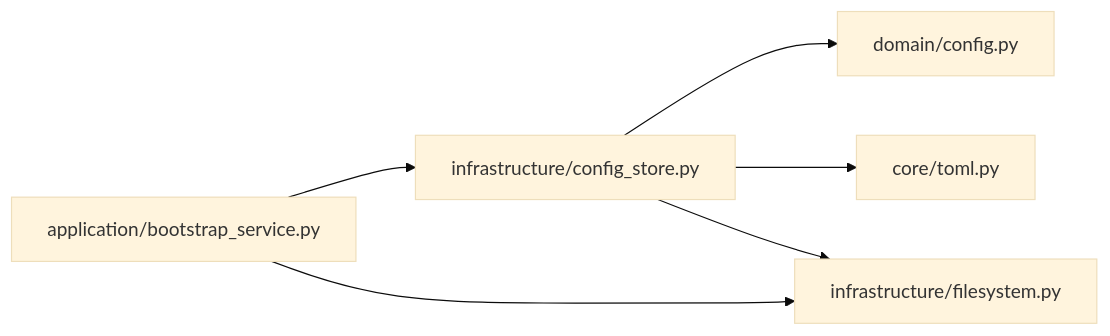
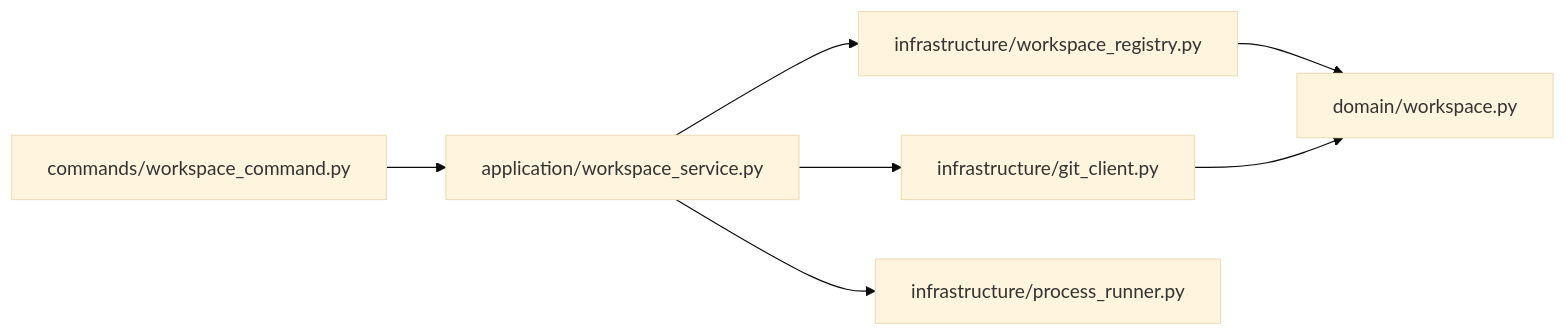
The sixth of 9 diagrams in docs/architecture.md (nyml2003/work-context), drawn with Mermaid (base theme) before and after one commit. The commit also changed other lines of this file and 34 other files, not shown here.

````diff
--- a/docs/architecture.md
+++ b/docs/architecture.md
@@ -220,14 +359,16 @@
 ```mermaid
 flowchart LR
-    Init["application/bootstrap_service.py"]
-    ConfigStore["infrastructure/config_store.py"]
-    ConfigDomain["domain/config.py"]
-    Fs["infrastructure/filesystem.py"]
-    CoreToml["core/toml.py"]
+    WorkspaceCommand["commands/workspace_command.py"]
+    WorkspaceService["application/workspace_service.py"]
+    Registry["infrastructure/workspace_registry.py"]
+    Git["infrastructure/git_client.py"]
+    Runner["infrastructure/process_runner.py"]
+    WorkspaceDomain["domain/workspace.py"]
 
-    Init --> ConfigStore
-    Init --> Fs
-    ConfigStore --> ConfigDomain
-    ConfigStore --> CoreToml
-    ConfigStore --> Fs
+    WorkspaceCommand --> WorkspaceService
+    WorkspaceService --> Registry
+    WorkspaceService --> Git
+    WorkspaceService --> Runner
+    Registry --> WorkspaceDomain
+    Git --> WorkspaceDomain
 ```
````
